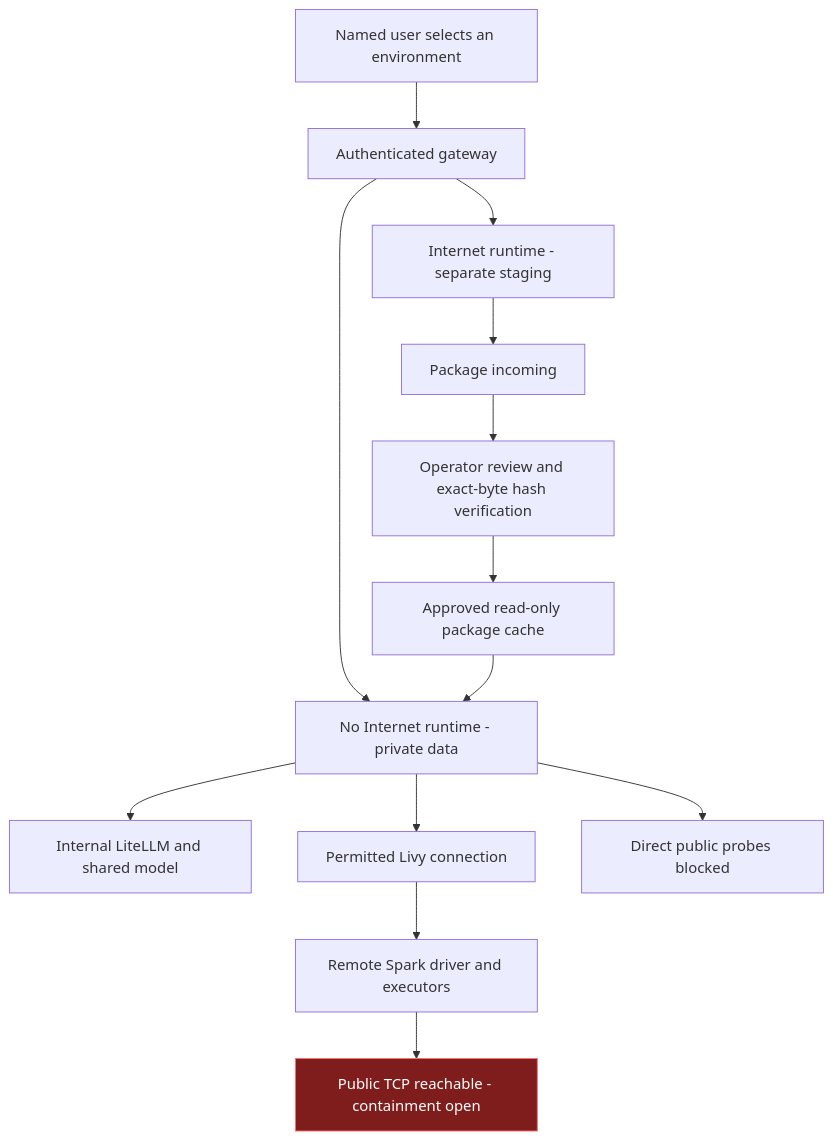
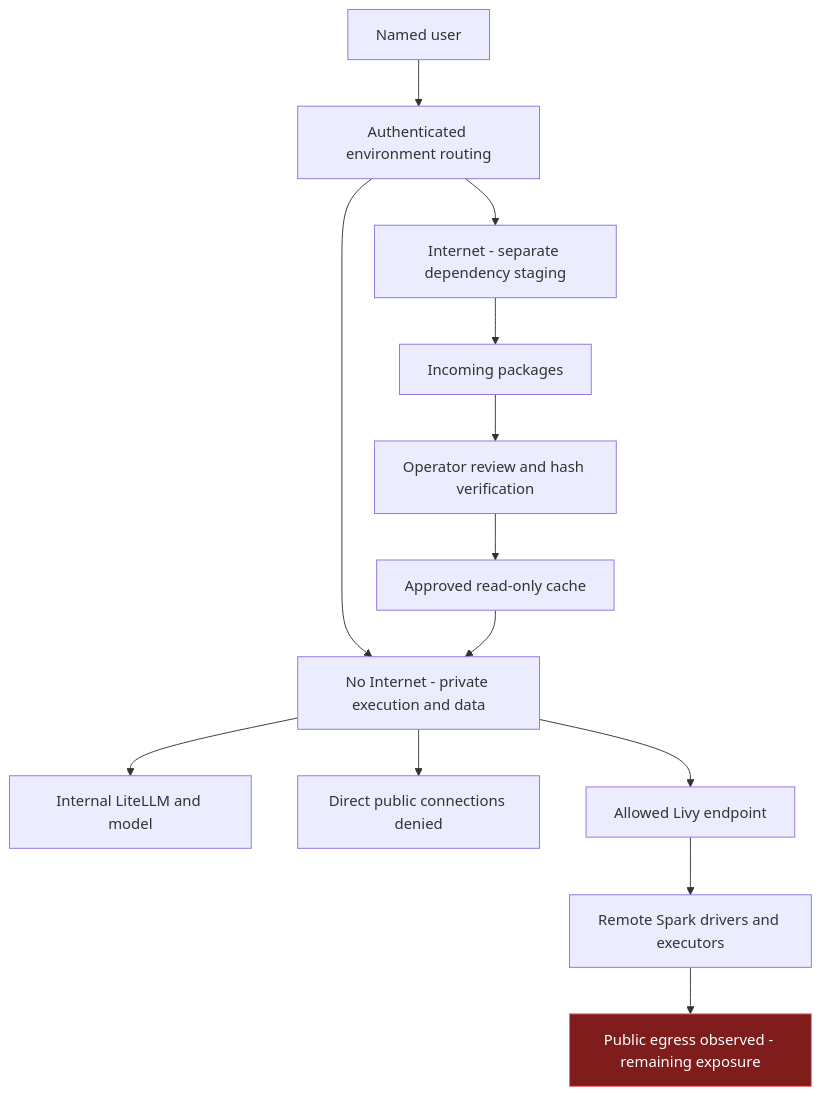
The first of 3 diagrams in docs/DSH_RDT_PILOT_SECURITY_CONTROL_ASSESSMENT.md (skunpoj/dsh_setup), drawn with Mermaid before and after one commit. The commit also changed other lines of this file and 3 other files, not shown here.

````diff
--- a/docs/DSH_RDT_PILOT_SECURITY_CONTROL_ASSESSMENT.md
+++ b/docs/DSH_RDT_PILOT_SECURITY_CONTROL_ASSESSMENT.md
@@ -57,17 +32,17 @@
 ```mermaid
 flowchart TB
- U[Named user selects an environment] --> G[Authenticated gateway]
- G --> S[No Internet runtime - private data]
- G --> I[Internet runtime - separate staging]
- S --> M[Internal LiteLLM and shared model]
- S --> L[Permitted Livy connection]
- L --> R[Remote Spark driver and executors]
- R --> E[Public TCP reachable - containment open]
- S --> B[Direct public probes blocked]
- I --> P[Package incoming]
- P --> V[Operator review and exact-byte hash verification]
- V --> C[Approved read-only package cache]
+ U[Named user] --> G[Authenticated environment routing]
+ G --> S[No Internet - private execution and data]
+ G --> I[Internet - separate dependency staging]
+ S --> M[Internal LiteLLM and model]
+ S --> B[Direct public connections denied]
+ I --> P[Incoming packages]
+ P --> V[Operator review and hash verification]
+ V --> C[Approved read-only cache]
  C --> S
+ S --> L[Allowed Livy endpoint]
+ L --> R[Remote Spark drivers and executors]
+ R --> E[Public egress observed - remaining exposure]
  classDef exposure fill:#7f1d1d,stroke:#f87171,color:#ffffff
  class E exposure
 ```
````
